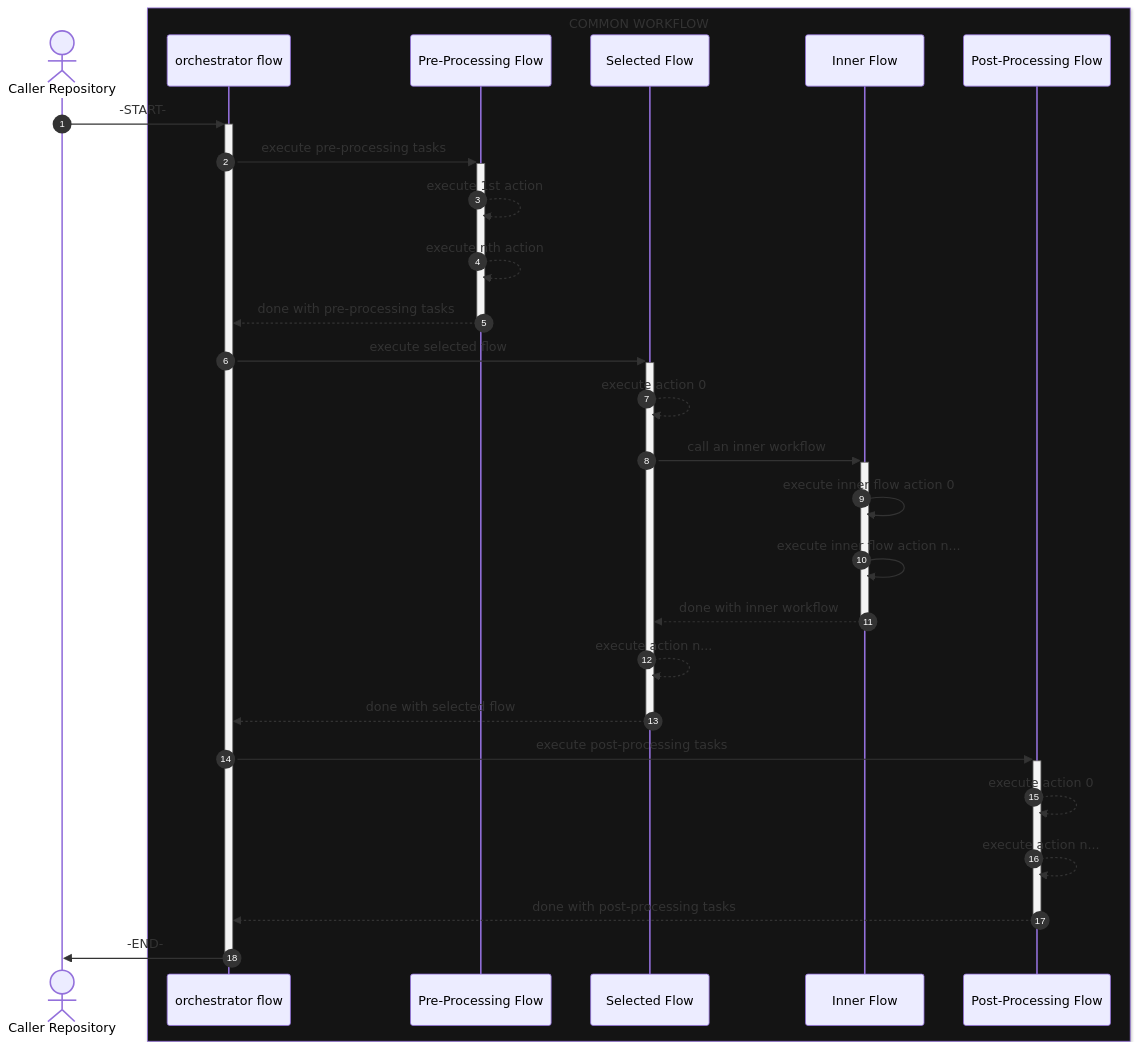
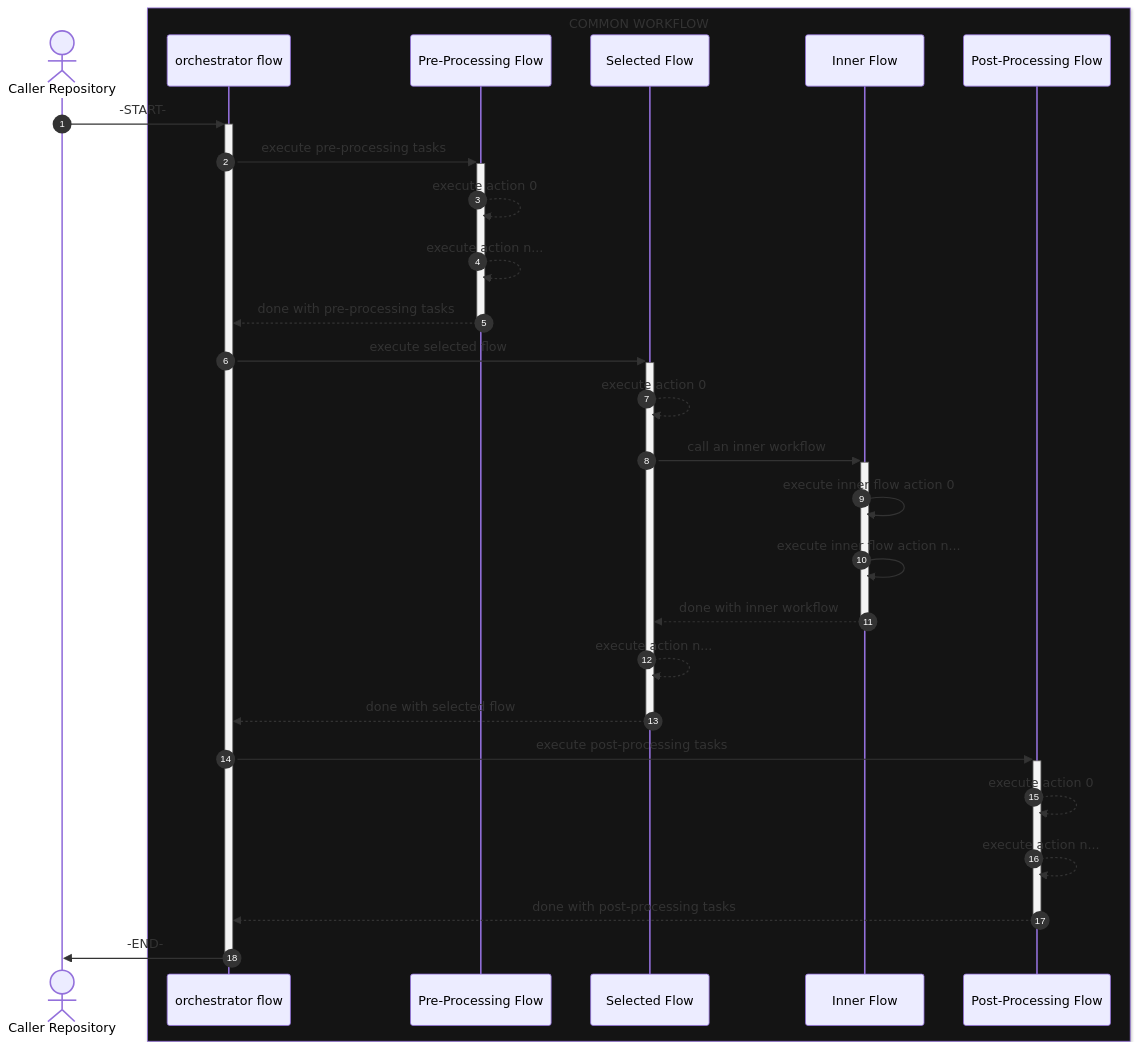
The first of 2 diagrams in .github/workflows/WORKFLOWS.md (bmc-anvil/.github), drawn with Mermaid before and after one commit. The commit also changed other lines of this file, not shown here.

````diff
--- a/.github/workflows/WORKFLOWS.md
+++ b/.github/workflows/WORKFLOWS.md
@@ -57,30 +58,30 @@
 ```mermaid
 sequenceDiagram
     autonumber
     actor caller as Caller Repository
     box rgb(20,20,20) COMMON WORKFLOW
         participant orchestratorFlow as orchestrator flow
         participant preProcessing as Pre-Processing Flow
         participant selectedFlow as Selected Flow
         participant innerFlow as Inner Flow
         participant postProcessing as Post-Processing Flow
     end
     caller ->>+ orchestratorFlow: -START-
     orchestratorFlow ->>+ preProcessing: execute pre-processing tasks
-    preProcessing -->> preProcessing: execute 1st action
-    preProcessing -->> preProcessing: execute nth action
+    preProcessing -->> preProcessing: execute action 0
+    preProcessing -->> preProcessing: execute action n...
     preProcessing -->>- orchestratorFlow: done with pre-processing tasks
     orchestratorFlow ->>+ selectedFlow: execute selected flow
     selectedFlow -->> selectedFlow: execute action 0
     selectedFlow ->>+ innerFlow: call an inner workflow
     innerFlow ->> innerFlow: execute inner flow action 0
     innerFlow ->> innerFlow: execute inner flow action n...
     innerFlow -->>- selectedFlow: done with inner workflow
     selectedFlow -->> selectedFlow: execute action n...
     selectedFlow -->>- orchestratorFlow: done with selected flow
     orchestratorFlow ->>+ postProcessing: execute post-processing tasks
     postProcessing -->> postProcessing: execute action 0
     postProcessing -->> postProcessing: execute action n...
     postProcessing -->>- orchestratorFlow: done with post-processing tasks
     orchestratorFlow ->>- caller: -END-
 ```
````
